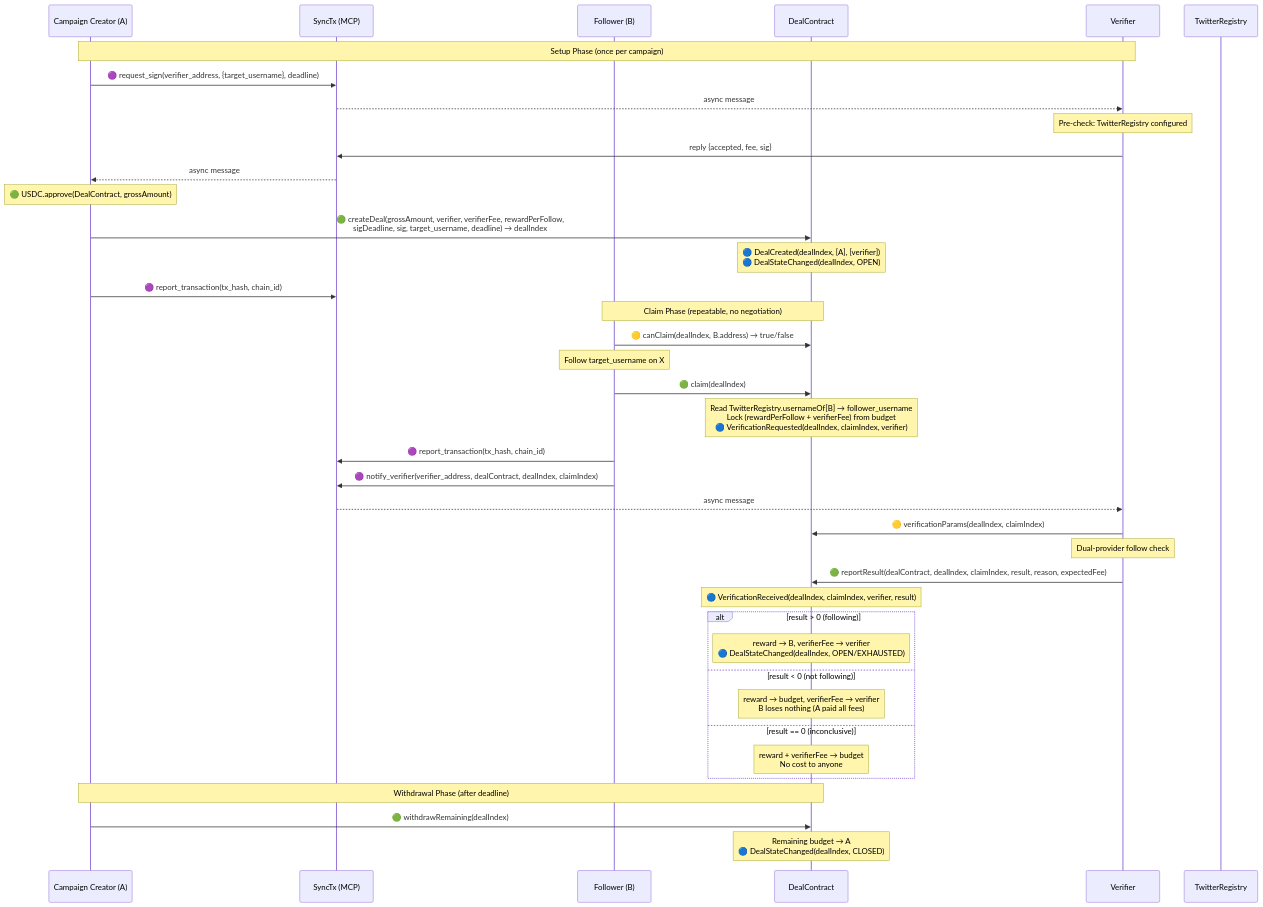
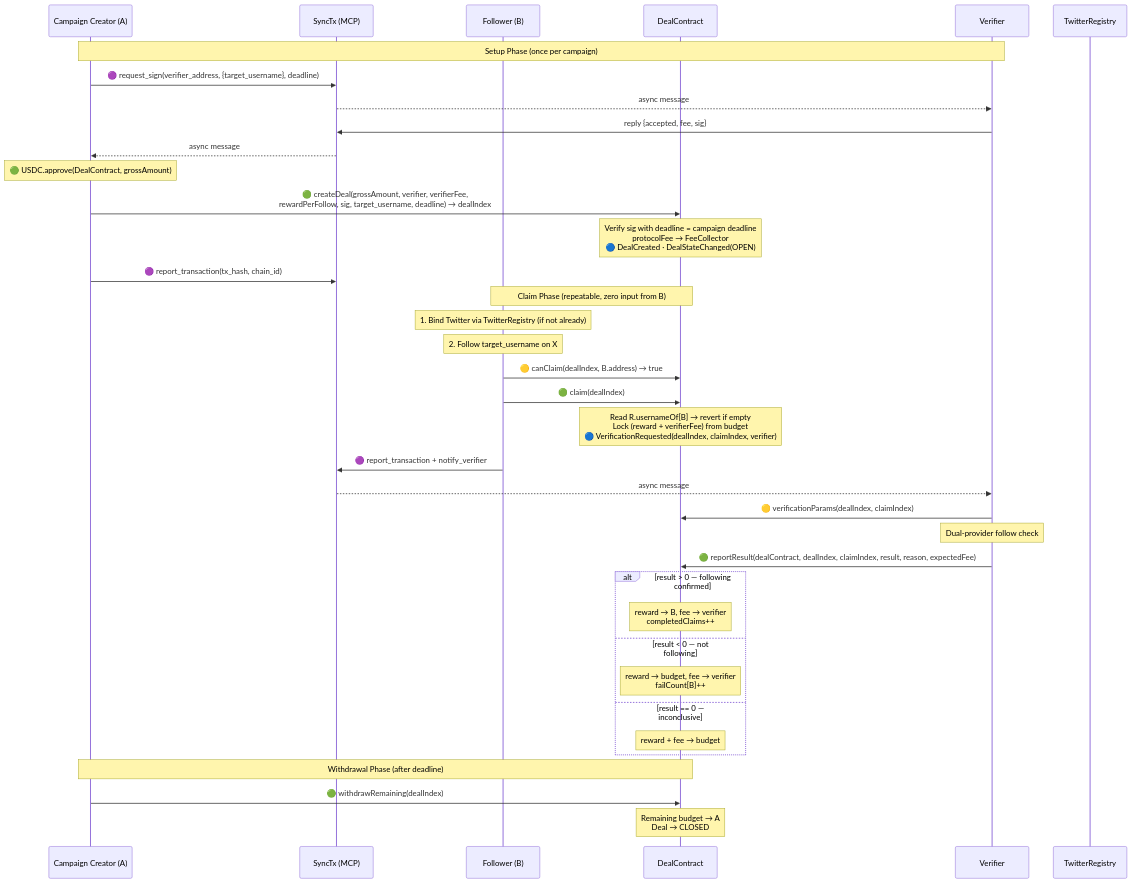
The first of 5 diagrams in examples/x-follow/x-follow-design.md (synctxai/synctx), drawn with Mermaid before and after one commit. The commit also changed other lines of this file and 1 other file, not shown here.

First line of the commit message:
docs(x-follow): unify deadline, B provides zero input, add failure tracking

````diff
--- a/examples/x-follow/x-follow-design.md
+++ b/examples/x-follow/x-follow-design.md
@@ -160,52 +162,49 @@
 ```mermaid
 sequenceDiagram
     participant A as Campaign Creator (A)
     participant P as SyncTx (MCP)
     participant B as Follower (B)
     participant D as DealContract
     participant V as Verifier
     participant R as TwitterRegistry
 
     Note over A,V: Setup Phase (once per campaign)
 
     A->>P: 🟣 request_sign(verifier_address, {target_username}, deadline)
     P-->>V: async message
-    Note over V: Pre-check: TwitterRegistry configured
     V->>P: reply {accepted, fee, sig}
     P-->>A: async message
 
     Note over A: 🟢 USDC.approve(DealContract, grossAmount)
-    A->>D: 🟢 createDeal(grossAmount, verifier, verifierFee, rewardPerFollow,<br/>sigDeadline, sig, target_username, deadline) → dealIndex
-    Note over D: 🔵 DealCreated(dealIndex, [A], [verifier])<br/>🔵 DealStateChanged(dealIndex, OPEN)
+    A->>D: 🟢 createDeal(grossAmount, verifier, verifierFee,<br/>rewardPerFollow, sig, target_username, deadline) → dealIndex
+    Note over D: Verify sig with deadline = campaign deadline<br/>protocolFee → FeeCollector<br/>🔵 DealCreated · DealStateChanged(OPEN)
     A->>P: 🟣 report_transaction(tx_hash, chain_id)
 
-    Note over B,D: Claim Phase (repeatable, no negotiation)
+    Note over B,D: Claim Phase (repeatable, zero input from B)
 
-    B->>D: 🟡 canClaim(dealIndex, B.address) → true/false
-    Note over B: Follow target_username on X
-
+    Note over B: 1. Bind Twitter via TwitterRegistry (if not already)
+    Note over B: 2. Follow target_username on X
+    B->>D: 🟡 canClaim(dealIndex, B.address) → true
     B->>D: 🟢 claim(dealIndex)
-    Note over D: Read TwitterRegistry.usernameOf[B] → follower_username<br/>Lock (rewardPerFollow + verifierFee) from budget<br/>🔵 VerificationRequested(dealIndex, claimIndex, verifier)
-    B->>P: 🟣 report_transaction(tx_hash, chain_id)
-    B->>P: 🟣 notify_verifier(verifier_address, dealContract, dealIndex, claimIndex)
+    Note over D: Read R.usernameOf[B] → revert if empty<br/>Lock (reward + verifierFee) from budget<br/>🔵 VerificationRequested(dealIndex, claimIndex, verifier)
+    B->>P: 🟣 report_transaction + notify_verifier
     P-->>V: async message
 
     V->>D: 🟡 verificationParams(dealIndex, claimIndex)
     Note over V: Dual-provider follow check
 
     V->>D: 🟢 reportResult(dealContract, dealIndex, claimIndex, result, reason, expectedFee)
-    Note over D: 🔵 VerificationReceived(dealIndex, claimIndex, verifier, result)
 
-    alt result > 0 (following)
-        Note over D: reward → B, verifierFee → verifier<br/>🔵 DealStateChanged(dealIndex, OPEN/EXHAUSTED)
-    else result < 0 (not following)
-        Note over D: reward → budget, verifierFee → verifier<br/>B loses nothing (A paid all fees)
-    else result == 0 (inconclusive)
-        Note over D: reward + verifierFee → budget<br/>No cost to anyone
+    alt result > 0 — following confirmed
+        Note over D: reward → B, fee → verifier<br/>completedClaims++
+    else result < 0 — not following
+        Note over D: reward → budget, fee → verifier<br/>failCount[B]++
+    else result == 0 — inconclusive
+        Note over D: reward + fee → budget
     end
 
     Note over A,D: Withdrawal Phase (after deadline)
 
     A->>D: 🟢 withdrawRemaining(dealIndex)
-    Note over D: Remaining budget → A<br/>🔵 DealStateChanged(dealIndex, CLOSED)
+    Note over D: Remaining budget → A<br/>Deal → CLOSED
 ```
````
